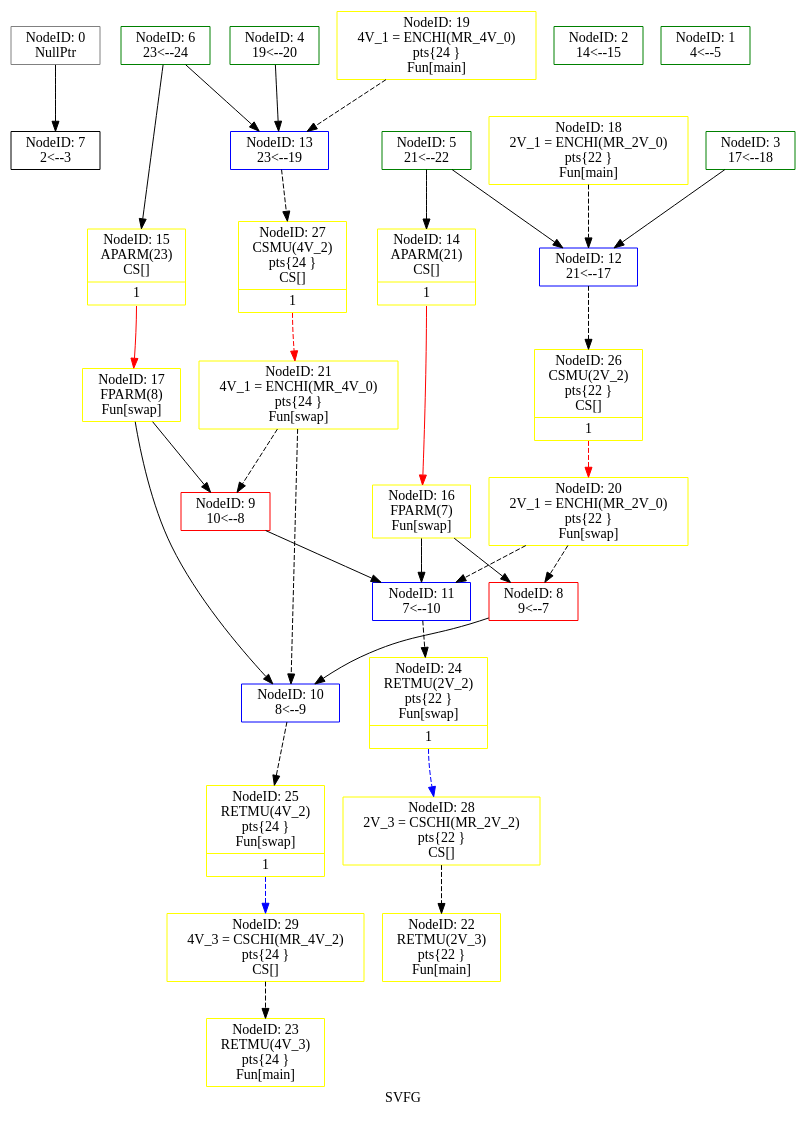
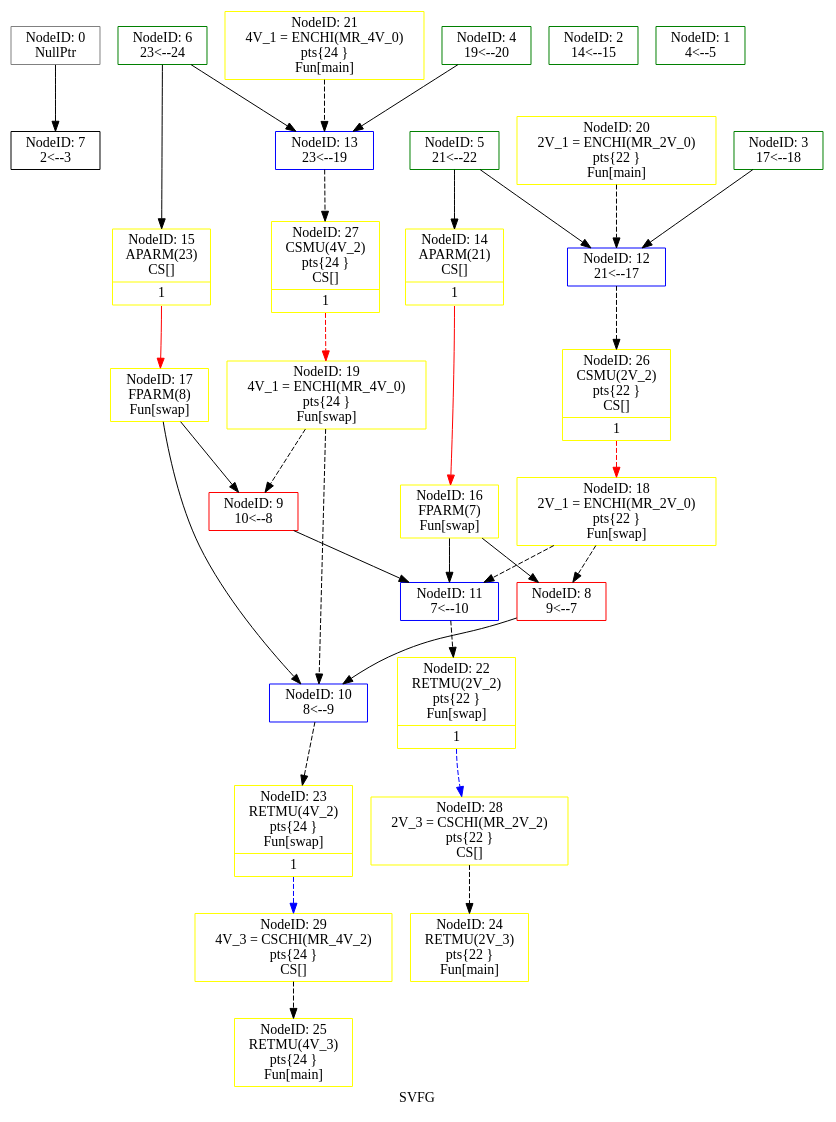
The diagram in analysis/SVFG_before_opt.dot (jcarlson23/SVF), drawn with Graphviz before and after one commit. The commit also changed 8 other files, not shown here.

```diff
--- a/analysis/SVFG_before_opt.dot
+++ b/analysis/SVFG_before_opt.dot
@@ -1,65 +1,65 @@
 digraph "SVFG" {
 	label="SVFG";
 
-	Node0x7ff8b1e00fe0 [shape=record,color=grey,label="{NodeID: 0\nNullPtr}"];
-	Node0x7ff8b1e00fe0 -> Node0x7ff8b1e01210[style=solid];
-	Node0x7ff8b1e01d40 [shape=record,color=yellow,style=double,label="{NodeID: 26\nCSMU(2V_2)\npts\{22 \}\nCS[]|{<s0>1}}"];
-	Node0x7ff8b1e01d40:s0 -> Node0x7ff8b1e018f0[style=dashed,color=red];
-	Node0x7ff8b1e01210 [shape=record,color=black,label="{NodeID: 7\n2\<--3\n}"];
-	Node0x7ff8b1e01500 [shape=record,color=yellow,style=double,label="{NodeID: 14\nAPARM(21)\nCS[]|{<s0>1}}"];
-	Node0x7ff8b1e01500:s0 -> Node0x7ff8b1e01670[style=solid,color=red];
-	Node0x7ff8b1e019c0 [shape=record,color=yellow,style=double,label="{NodeID: 21\n4V_1 = ENCHI(MR_4V_0)\npts\{24 \}\nFun[swap]}"];
-	Node0x7ff8b1e019c0 -> Node0x7ff8b1e012b0[style=dashed];
-	Node0x7ff8b1e019c0 -> Node0x7ff8b1e01300[style=dashed];
-	Node0x7ff8b1e01080 [shape=record,color=green,label="{NodeID: 2\n14\<--15\n}"];
-	Node0x7ff8b1e01f20 [shape=record,color=yellow,style=double,label="{NodeID: 28\n2V_3 = CSCHI(MR_2V_2)\npts\{22 \}\nCS[]}"];
-	Node0x7ff8b1e01f20 -> Node0x7ff8b1e01a60[style=dashed];
-	Node0x7ff8b1e012b0 [shape=record,color=red,label="{NodeID: 9\n10\<--8\n}"];
-	Node0x7ff8b1e012b0 -> Node0x7ff8b1e01380[style=solid];
-	Node0x7ff8b1e01670 [shape=record,color=yellow,style=double,label="{NodeID: 16\nFPARM(7)\nFun[swap]}"];
-	Node0x7ff8b1e01670 -> Node0x7ff8b1e01260[style=solid];
-	Node0x7ff8b1e01670 -> Node0x7ff8b1e01380[style=solid];
-	Node0x7ff8b1e01b30 [shape=record,color=yellow,style=double,label="{NodeID: 23\nRETMU(4V_3)\npts\{24 \}\nFun[main]}"];
-	Node0x7ff8b1e01120 [shape=record,color=green,label="{NodeID: 4\n19\<--20\n}"];
-	Node0x7ff8b1e01120 -> Node0x7ff8b1e01480[style=solid];
-	Node0x7ff8b1e01380 [shape=record,color=blue,label="{NodeID: 11\n7\<--10\n}"];
-	Node0x7ff8b1e01380 -> Node0x7ff8b1e01bd0[style=dashed];
-	Node0x7ff8b1e017b0 [shape=record,color=yellow,style=double,label="{NodeID: 18\n2V_1 = ENCHI(MR_2V_0)\npts\{22 \}\nFun[main]}"];
-	Node0x7ff8b1e017b0 -> Node0x7ff8b1e01400[style=dashed];
-	Node0x7ff8b1e01ca0 [shape=record,color=yellow,style=double,label="{NodeID: 25\nRETMU(4V_2)\npts\{24 \}\nFun[swap]|{<s0>1}}"];
-	Node0x7ff8b1e01ca0:s0 -> Node0x7ff8b1e02050[style=dashed,color=blue];
-	Node0x7ff8b1e011c0 [shape=record,color=green,label="{NodeID: 6\n23\<--24\n}"];
-	Node0x7ff8b1e011c0 -> Node0x7ff8b1e01480[style=solid];
-	Node0x7ff8b1e011c0 -> Node0x7ff8b1e015a0[style=solid];
-	Node0x7ff8b1e01480 [shape=record,color=blue,label="{NodeID: 13\n23\<--19\n}"];
-	Node0x7ff8b1e01480 -> Node0x7ff8b1e01e70[style=dashed];
-	Node0x7ff8b1e018f0 [shape=record,color=yellow,style=double,label="{NodeID: 20\n2V_1 = ENCHI(MR_2V_0)\npts\{22 \}\nFun[swap]}"];
-	Node0x7ff8b1e018f0 -> Node0x7ff8b1e01260[style=dashed];
-	Node0x7ff8b1e018f0 -> Node0x7ff8b1e01380[style=dashed];
-	Node0x7ff8b1e01030 [shape=record,color=green,label="{NodeID: 1\n4\<--5\n}"];
-	Node0x7ff8b1e01e70 [shape=record,color=yellow,style=double,label="{NodeID: 27\nCSMU(4V_2)\npts\{24 \}\nCS[]|{<s0>1}}"];
-	Node0x7ff8b1e01e70:s0 -> Node0x7ff8b1e019c0[style=dashed,color=red];
-	Node0x7ff8b1e01260 [shape=record,color=red,label="{NodeID: 8\n9\<--7\n}"];
-	Node0x7ff8b1e01260 -> Node0x7ff8b1e01300[style=solid];
-	Node0x7ff8b1e015a0 [shape=record,color=yellow,style=double,label="{NodeID: 15\nAPARM(23)\nCS[]|{<s0>1}}"];
-	Node0x7ff8b1e015a0:s0 -> Node0x7ff8b1e01710[style=solid,color=red];
-	Node0x7ff8b1e01a60 [shape=record,color=yellow,style=double,label="{NodeID: 22\nRETMU(2V_3)\npts\{22 \}\nFun[main]}"];
-	Node0x7ff8b1e010d0 [shape=record,color=green,label="{NodeID: 3\n17\<--18\n}"];
-	Node0x7ff8b1e010d0 -> Node0x7ff8b1e01400[style=solid];
-	Node0x7ff8b1e02050 [shape=record,color=yellow,style=double,label="{NodeID: 29\n4V_3 = CSCHI(MR_4V_2)\npts\{24 \}\nCS[]}"];
-	Node0x7ff8b1e02050 -> Node0x7ff8b1e01b30[style=dashed];
-	Node0x7ff8b1e01300 [shape=record,color=blue,label="{NodeID: 10\n8\<--9\n}"];
-	Node0x7ff8b1e01300 -> Node0x7ff8b1e01ca0[style=dashed];
-	Node0x7ff8b1e01710 [shape=record,color=yellow,style=double,label="{NodeID: 17\nFPARM(8)\nFun[swap]}"];
-	Node0x7ff8b1e01710 -> Node0x7ff8b1e012b0[style=solid];
-	Node0x7ff8b1e01710 -> Node0x7ff8b1e01300[style=solid];
-	Node0x7ff8b1e01bd0 [shape=record,color=yellow,style=double,label="{NodeID: 24\nRETMU(2V_2)\npts\{22 \}\nFun[swap]|{<s0>1}}"];
-	Node0x7ff8b1e01bd0:s0 -> Node0x7ff8b1e01f20[style=dashed,color=blue];
-	Node0x7ff8b1e01170 [shape=record,color=green,label="{NodeID: 5\n21\<--22\n}"];
-	Node0x7ff8b1e01170 -> Node0x7ff8b1e01400[style=solid];
-	Node0x7ff8b1e01170 -> Node0x7ff8b1e01500[style=solid];
-	Node0x7ff8b1e01400 [shape=record,color=blue,label="{NodeID: 12\n21\<--17\n}"];
-	Node0x7ff8b1e01400 -> Node0x7ff8b1e01d40[style=dashed];
-	Node0x7ff8b1e01850 [shape=record,color=yellow,style=double,label="{NodeID: 19\n4V_1 = ENCHI(MR_4V_0)\npts\{24 \}\nFun[main]}"];
-	Node0x7ff8b1e01850 -> Node0x7ff8b1e01480[style=dashed];
+	Node0x7fcddc600c60 [shape=record,color=grey,label="{NodeID: 0\nNullPtr}"];
+	Node0x7fcddc600c60 -> Node0x7fcddc600e90[style=solid];
+	Node0x7fcddc6019c0 [shape=record,color=yellow,style=double,label="{NodeID: 26\nCSMU(2V_2)\npts\{22 \}\nCS[]|{<s0>1}}"];
+	Node0x7fcddc6019c0:s0 -> Node0x7fcddc601430[style=dashed,color=red];
+	Node0x7fcddc600e90 [shape=record,color=black,label="{NodeID: 7\n2\<--3\n}"];
+	Node0x7fcddc601180 [shape=record,color=yellow,style=double,label="{NodeID: 14\nAPARM(21)\nCS[]|{<s0>1}}"];
+	Node0x7fcddc601180:s0 -> Node0x7fcddc6012f0[style=solid,color=red];
+	Node0x7fcddc601640 [shape=record,color=yellow,style=double,label="{NodeID: 21\n4V_1 = ENCHI(MR_4V_0)\npts\{24 \}\nFun[main]}"];
+	Node0x7fcddc601640 -> Node0x7fcddc601100[style=dashed];
+	Node0x7fcddc600d00 [shape=record,color=green,label="{NodeID: 2\n14\<--15\n}"];
+	Node0x7fcddc601ba0 [shape=record,color=yellow,style=double,label="{NodeID: 28\n2V_3 = CSCHI(MR_2V_2)\npts\{22 \}\nCS[]}"];
+	Node0x7fcddc601ba0 -> Node0x7fcddc601850[style=dashed];
+	Node0x7fcddc600f30 [shape=record,color=red,label="{NodeID: 9\n10\<--8\n}"];
+	Node0x7fcddc600f30 -> Node0x7fcddc601000[style=solid];
+	Node0x7fcddc6012f0 [shape=record,color=yellow,style=double,label="{NodeID: 16\nFPARM(7)\nFun[swap]}"];
+	Node0x7fcddc6012f0 -> Node0x7fcddc600ee0[style=solid];
+	Node0x7fcddc6012f0 -> Node0x7fcddc601000[style=solid];
+	Node0x7fcddc6017b0 [shape=record,color=yellow,style=double,label="{NodeID: 23\nRETMU(4V_2)\npts\{24 \}\nFun[swap]|{<s0>1}}"];
+	Node0x7fcddc6017b0:s0 -> Node0x7fcddc601cd0[style=dashed,color=blue];
+	Node0x7fcddc600da0 [shape=record,color=green,label="{NodeID: 4\n19\<--20\n}"];
+	Node0x7fcddc600da0 -> Node0x7fcddc601100[style=solid];
+	Node0x7fcddc601000 [shape=record,color=blue,label="{NodeID: 11\n7\<--10\n}"];
+	Node0x7fcddc601000 -> Node0x7fcddc6016e0[style=dashed];
+	Node0x7fcddc601430 [shape=record,color=yellow,style=double,label="{NodeID: 18\n2V_1 = ENCHI(MR_2V_0)\npts\{22 \}\nFun[swap]}"];
+	Node0x7fcddc601430 -> Node0x7fcddc600ee0[style=dashed];
+	Node0x7fcddc601430 -> Node0x7fcddc601000[style=dashed];
+	Node0x7fcddc601920 [shape=record,color=yellow,style=double,label="{NodeID: 25\nRETMU(4V_3)\npts\{24 \}\nFun[main]}"];
+	Node0x7fcddc600e40 [shape=record,color=green,label="{NodeID: 6\n23\<--24\n}"];
+	Node0x7fcddc600e40 -> Node0x7fcddc601100[style=solid];
+	Node0x7fcddc600e40 -> Node0x7fcddc601220[style=solid];
+	Node0x7fcddc601100 [shape=record,color=blue,label="{NodeID: 13\n23\<--19\n}"];
+	Node0x7fcddc601100 -> Node0x7fcddc601af0[style=dashed];
+	Node0x7fcddc601570 [shape=record,color=yellow,style=double,label="{NodeID: 20\n2V_1 = ENCHI(MR_2V_0)\npts\{22 \}\nFun[main]}"];
+	Node0x7fcddc601570 -> Node0x7fcddc601080[style=dashed];
+	Node0x7fcddc600cb0 [shape=record,color=green,label="{NodeID: 1\n4\<--5\n}"];
+	Node0x7fcddc601af0 [shape=record,color=yellow,style=double,label="{NodeID: 27\nCSMU(4V_2)\npts\{24 \}\nCS[]|{<s0>1}}"];
+	Node0x7fcddc601af0:s0 -> Node0x7fcddc6014d0[style=dashed,color=red];
+	Node0x7fcddc600ee0 [shape=record,color=red,label="{NodeID: 8\n9\<--7\n}"];
+	Node0x7fcddc600ee0 -> Node0x7fcddc600f80[style=solid];
+	Node0x7fcddc601220 [shape=record,color=yellow,style=double,label="{NodeID: 15\nAPARM(23)\nCS[]|{<s0>1}}"];
+	Node0x7fcddc601220:s0 -> Node0x7fcddc601390[style=solid,color=red];
+	Node0x7fcddc6016e0 [shape=record,color=yellow,style=double,label="{NodeID: 22\nRETMU(2V_2)\npts\{22 \}\nFun[swap]|{<s0>1}}"];
+	Node0x7fcddc6016e0:s0 -> Node0x7fcddc601ba0[style=dashed,color=blue];
+	Node0x7fcddc600d50 [shape=record,color=green,label="{NodeID: 3\n17\<--18\n}"];
+	Node0x7fcddc600d50 -> Node0x7fcddc601080[style=solid];
+	Node0x7fcddc601cd0 [shape=record,color=yellow,style=double,label="{NodeID: 29\n4V_3 = CSCHI(MR_4V_2)\npts\{24 \}\nCS[]}"];
+	Node0x7fcddc601cd0 -> Node0x7fcddc601920[style=dashed];
+	Node0x7fcddc600f80 [shape=record,color=blue,label="{NodeID: 10\n8\<--9\n}"];
+	Node0x7fcddc600f80 -> Node0x7fcddc6017b0[style=dashed];
+	Node0x7fcddc601390 [shape=record,color=yellow,style=double,label="{NodeID: 17\nFPARM(8)\nFun[swap]}"];
+	Node0x7fcddc601390 -> Node0x7fcddc600f30[style=solid];
+	Node0x7fcddc601390 -> Node0x7fcddc600f80[style=solid];
+	Node0x7fcddc601850 [shape=record,color=yellow,style=double,label="{NodeID: 24\nRETMU(2V_3)\npts\{22 \}\nFun[main]}"];
+	Node0x7fcddc600df0 [shape=record,color=green,label="{NodeID: 5\n21\<--22\n}"];
+	Node0x7fcddc600df0 -> Node0x7fcddc601080[style=solid];
+	Node0x7fcddc600df0 -> Node0x7fcddc601180[style=solid];
+	Node0x7fcddc601080 [shape=record,color=blue,label="{NodeID: 12\n21\<--17\n}"];
+	Node0x7fcddc601080 -> Node0x7fcddc6019c0[style=dashed];
+	Node0x7fcddc6014d0 [shape=record,color=yellow,style=double,label="{NodeID: 19\n4V_1 = ENCHI(MR_4V_0)\npts\{24 \}\nFun[swap]}"];
+	Node0x7fcddc6014d0 -> Node0x7fcddc600f30[style=dashed];
+	Node0x7fcddc6014d0 -> Node0x7fcddc600f80[style=dashed];
 }
```
